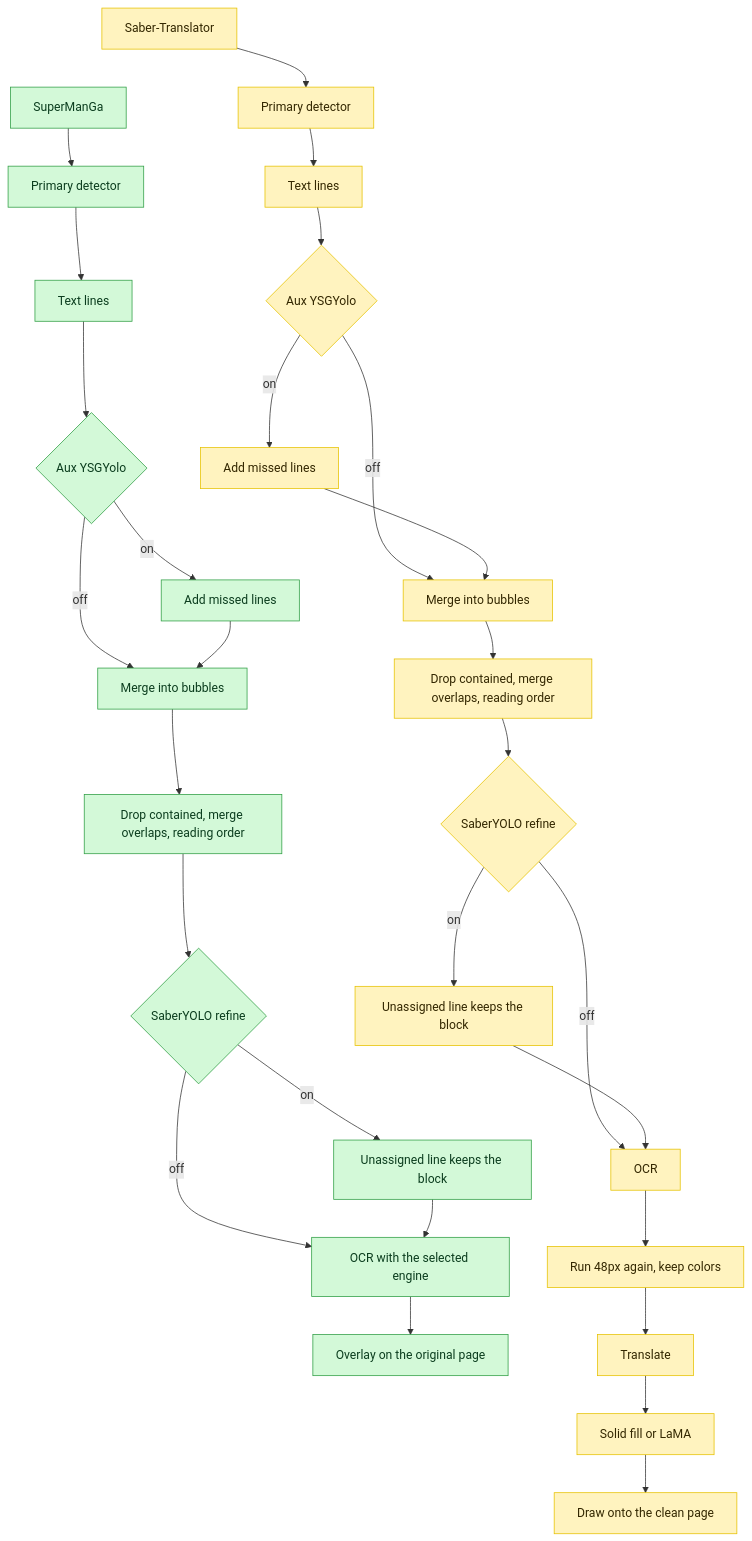
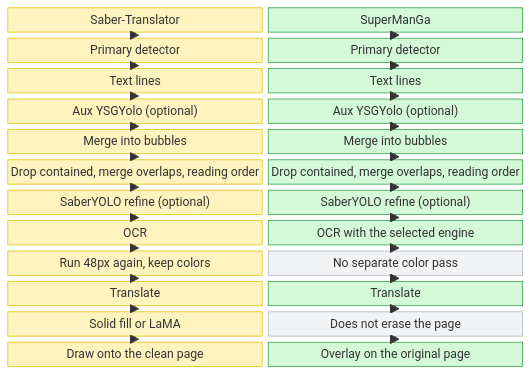
Before and after one commit to ssnangua/SuperManGa: the seventh of 7 diagrams in docs/DOCS_en.md, drawn with Mermaid. The commit also changed 1 other file, not shown here.

````diff
--- a/docs/DOCS_en.md
+++ b/docs/DOCS_en.md
@@ -610,44 +610,44 @@
 ```mermaid
-flowchart TB
-  sTitle[Saber-Translator] ~~~ mTitle[SuperManGa]
-  sTitle --> sDet[Primary detector]
-  mTitle --> mDet[Primary detector]
-  sDet ~~~ mDet
-  sDet --> sLines[Text lines]
-  mDet --> mLines[Text lines]
-  sLines ~~~ mLines
-  sLines --> sAux{Aux YSGYolo}
-  mLines --> mAux{Aux YSGYolo}
-  sAux ~~~ mAux
-  sAux -->|on| sExtra[Add missed lines]
-  mAux -->|on| mExtra[Add missed lines]
-  sExtra ~~~ mExtra
-  sAux -->|off| sMerge[Merge into bubbles]
-  sExtra --> sMerge
-  mAux -->|off| mMerge[Merge into bubbles]
-  mExtra --> mMerge
-  sMerge ~~~ mMerge
-  sMerge --> sPost[Drop contained, merge overlaps, reading order]
-  mMerge --> mPost[Drop contained, merge overlaps, reading order]
-  sPost ~~~ mPost
-  sPost --> sRef{SaberYOLO refine}
-  mPost --> mRef{SaberYOLO refine}
-  sRef ~~~ mRef
-  sRef -->|on| sSplit[Unassigned line keeps the block]
-  mRef -->|on| mSplit[Unassigned line keeps the block]
-  sSplit ~~~ mSplit
-  sRef -->|off| sOcr[OCR]
-  sSplit --> sOcr
-  mRef -->|off| mOcr[OCR with the selected engine]
-  mSplit --> mOcr
-  sOcr ~~~ mOcr
-  sOcr --> sColor[Run 48px again, keep colors]
-  mOcr --> mOut[Overlay on the original page]
-  sColor --> sTr[Translate]
-  sTr --> sRepair[Solid fill or LaMA]
-  sRepair --> sOut[Draw onto the clean page]
+block-beta
+  columns 2
+  s0["Saber-Translator"] m0["SuperManGa"]
+  s1["Primary detector"] m1["Primary detector"]
+  s2["Text lines"] m2["Text lines"]
+  s3["Aux YSGYolo (optional)"] m3["Aux YSGYolo (optional)"]
+  s4["Merge into bubbles"] m4["Merge into bubbles"]
+  s5["Drop contained, merge overlaps, reading order"] m5["Drop contained, merge overlaps, reading order"]
+  s6["SaberYOLO refine (optional)"] m6["SaberYOLO refine (optional)"]
+  s7["OCR"] m7["OCR with the selected engine"]
+  s8["Run 48px again, keep colors"] m8["No separate color pass"]
+  s9["Translate"] m9["Translate"]
+  s10["Solid fill or LaMA"] m10["Does not erase the page"]
+  s11["Draw onto the clean page"] m11["Overlay on the original page"]
+  s0 --> s1
+  s1 --> s2
+  s2 --> s3
+  s3 --> s4
+  s4 --> s5
+  s5 --> s6
+  s6 --> s7
+  s7 --> s8
+  s8 --> s9
+  s9 --> s10
+  s10 --> s11
+  m0 --> m1
+  m1 --> m2
+  m2 --> m3
+  m3 --> m4
+  m4 --> m5
+  m5 --> m6
+  m6 --> m7
+  m7 --> m8
+  m8 --> m9
+  m9 --> m10
+  m10 --> m11
   classDef saber fill:#fff3bf,stroke:#e6c200,color:#332701
   classDef smg fill:#d3f9d8,stroke:#2f9e44,color:#0b3d1e
-  class sTitle,sDet,sLines,sAux,sExtra,sMerge,sPost,sRef,sSplit,sOcr,sColor,sTr,sRepair,sOut saber
-  class mTitle,mDet,mLines,mAux,mExtra,mMerge,mPost,mRef,mSplit,mOcr,mOut smg
+  classDef gap fill:#f1f3f5,stroke:#adb5bd,color:#495057
+  class s0,s1,s2,s3,s4,s5,s6,s7,s8,s9,s10,s11 saber
+  class m0,m1,m2,m3,m4,m5,m6,m7,m9,m11 smg
+  class m8,m10 gap
 ```
````
